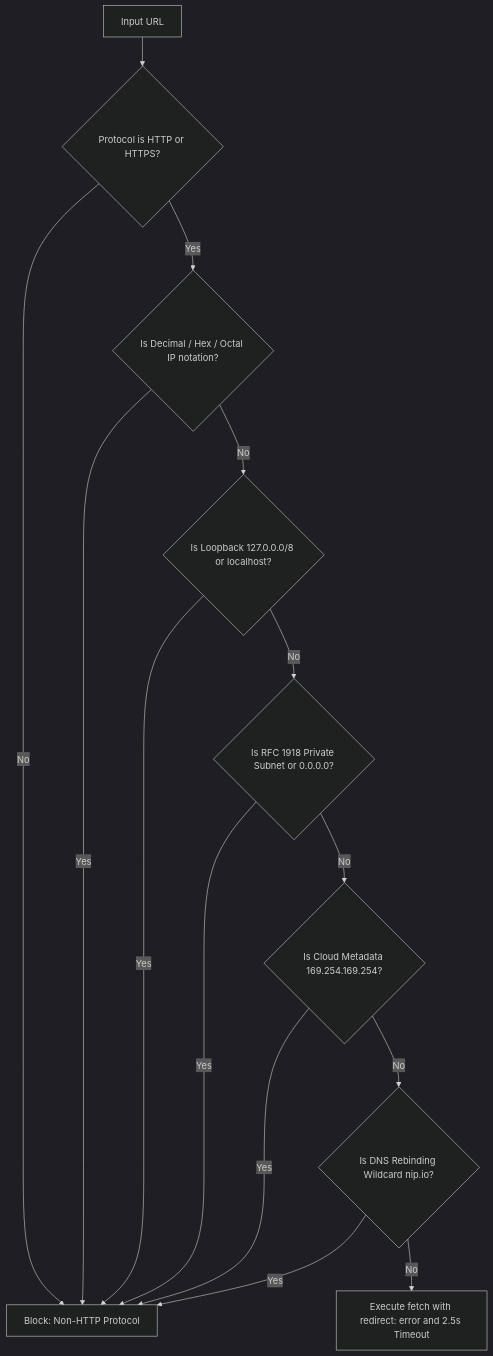
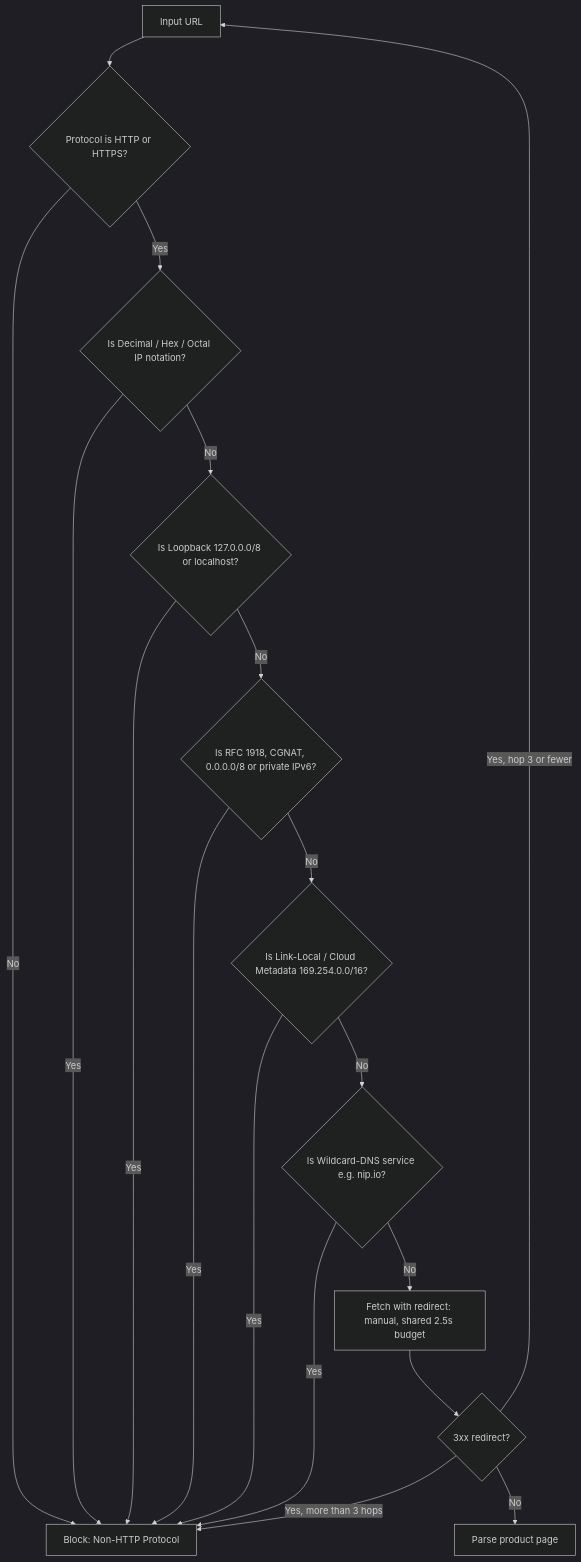
Before and after one commit to MrJSimpson/KovertKlaus: the diagram in docs/SECURITY_INVARIANTS.md, drawn with Mermaid (dark theme). The commit also changed other lines of this file and 7 other files, not shown here.

````diff
--- a/docs/SECURITY_INVARIANTS.md
+++ b/docs/SECURITY_INVARIANTS.md
@@ -39,16 +40,20 @@
 ```mermaid
 flowchart TD
     URL[Input URL] --> P1{Protocol is HTTP or HTTPS?}
     P1 -->|No| Block[Block: Non-HTTP Protocol]
     P1 -->|Yes| P2{Is Decimal / Hex / Octal IP notation?}
     P2 -->|Yes| Block
     P2 -->|No| P3{Is Loopback 127.0.0.0/8 or localhost?}
     P3 -->|Yes| Block
-    P3 -->|No| P4{Is RFC 1918 Private Subnet or 0.0.0.0?}
+    P3 -->|No| P4{Is RFC 1918, CGNAT, 0.0.0.0/8 or private IPv6?}
     P4 -->|Yes| Block
-    P4 -->|No| P5{Is Cloud Metadata 169.254.169.254?}
+    P4 -->|No| P5{Is Link-Local / Cloud Metadata 169.254.0.0/16?}
     P5 -->|Yes| Block
-    P5 -->|No| P6{Is DNS Rebinding Wildcard nip.io?}
+    P5 -->|No| P6{Is Wildcard-DNS service e.g. nip.io?}
     P6 -->|Yes| Block
-    P6 -->|No| Fetch[Execute fetch with redirect: error and 2.5s Timeout]
+    P6 -->|No| Fetch[Fetch with redirect: manual, shared 2.5s budget]
+    Fetch --> R{3xx redirect?}
+    R -->|No| Done[Parse product page]
+    R -->|Yes, hop 3 or fewer| URL
+    R -->|Yes, more than 3 hops| Block
 ```
````
